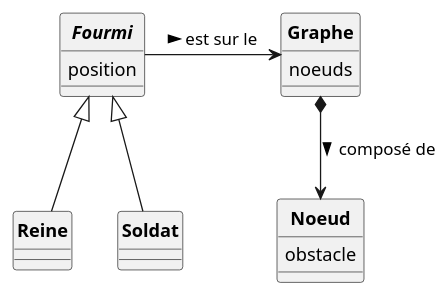
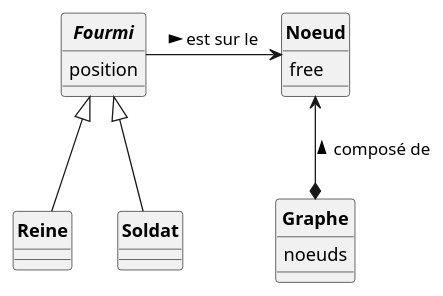
One commit to ErenMustafaGit/ColonieFourmis changed the diagram in Code/uml/Fourmis_DCa.puml. Above: the diagram before and after it, drawn with PlantUML. The commit also changed 1 other file, not shown here.

Commit message:
Modification des relations sur le Diagramme de class d'analyse et ajout de l'interface AntFacadeController

```diff
--- a/Code/uml/Fourmis_DCa.puml
+++ b/Code/uml/Fourmis_DCa.puml
@@ -1,28 +1,28 @@
 @startuml
 'https://plantuml.com/sequence-diagram
 skinparam style strictuml
 skinparam classAttributeIconSize 0
 skinparam circledCharacterRadius 0
 skinparam circledCharacterFontSize 0
 skinparam classFontStyle Bold
 'autonumber
 
 class Graphe {
 noeuds
 }
 class Noeud{
-obstacle
+free
 }
 
 abstract Fourmi {
 position
 }
 class Reine extends Fourmi{
 }
 class Soldat extends Fourmi{
 }
 
-Graphe *--> Noeud : composé de >
-Fourmi  -> Graphe : est sur le >
+Graphe *-u-> Noeud : composé de >
+Fourmi  -> Noeud : est sur le >
 
 @enduml
```
